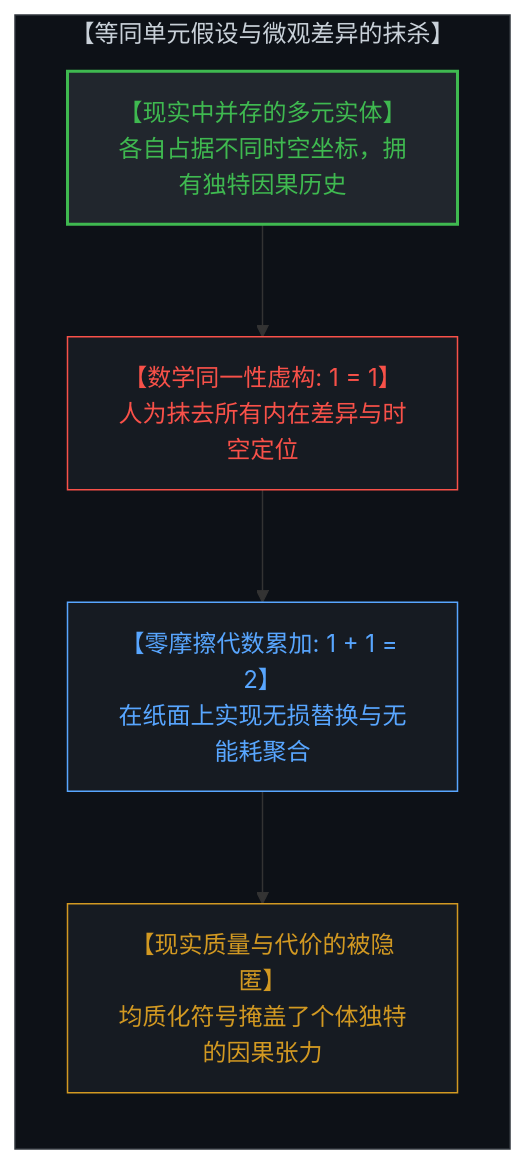
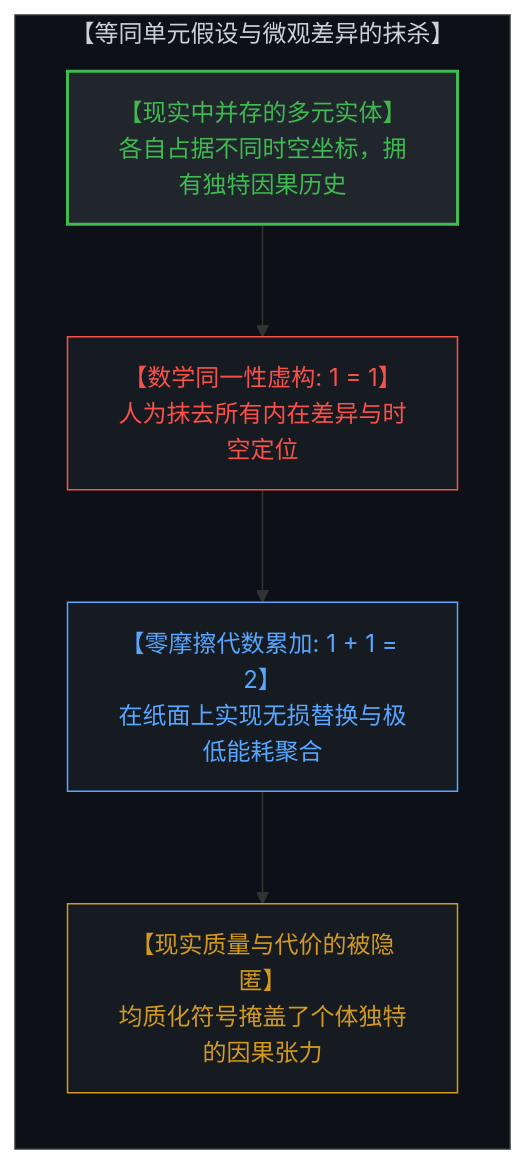
Before and after one commit to powerpig99/not-a-toe: the second of 6 diagrams in content/posts/the-illusion-of-the-tool-and-the-inversion-of-time.md, drawn with Mermaid. The commit also changed other lines of this file and 3 other files, not shown here.

````diff
--- a/content/posts/the-illusion-of-the-tool-and-the-inversion-of-time.md
+++ b/content/posts/the-illusion-of-the-tool-and-the-inversion-of-time.md
@@ -81,18 +81,18 @@
 ```mermaid
 graph TD
     subgraph IdentityFiction["【等同单元假设与微观差异的抹杀】"]
         direction TB
         RealEntities["【现实中并存的多元实体】<br>各自占据不同时空坐标，拥有独特因果历史"]
         IdentityAxiom["【数学同一性虚构: 1 = 1】<br>人为抹去所有内在差异与时空定位"]
-        FrictionlessAddition["【零摩擦代数累加: 1 + 1 = 2】<br>在纸面上实现无损替换与无能耗聚合"]
+        FrictionlessAddition["【零摩擦代数累加: 1 + 1 = 2】<br>在纸面上实现无损替换与极低能耗聚合"]
         LivingDiversityEradicated["【现实质量与代价的被隐匿】<br>均质化符号掩盖了个体独特的因果张力"]
         RealEntities --> IdentityAxiom
         IdentityAxiom --> FrictionlessAddition
         FrictionlessAddition --> LivingDiversityEradicated
     end
     style IdentityFiction fill:#0d1117,stroke:#30363d,stroke-width:1px,color:#c9d1d9
     style RealEntities fill:#21262d,stroke:#3fb950,stroke-width:2px,color:#3fb950
     style IdentityAxiom fill:#161b22,stroke:#f85149,stroke-width:1px,color:#f85149
     style FrictionlessAddition fill:#161b22,stroke:#58a6ff,stroke-width:1px,color:#58a6ff
     style LivingDiversityEradicated fill:#161b22,stroke:#d29922,stroke-width:1px,color:#d29922
 ```
````
